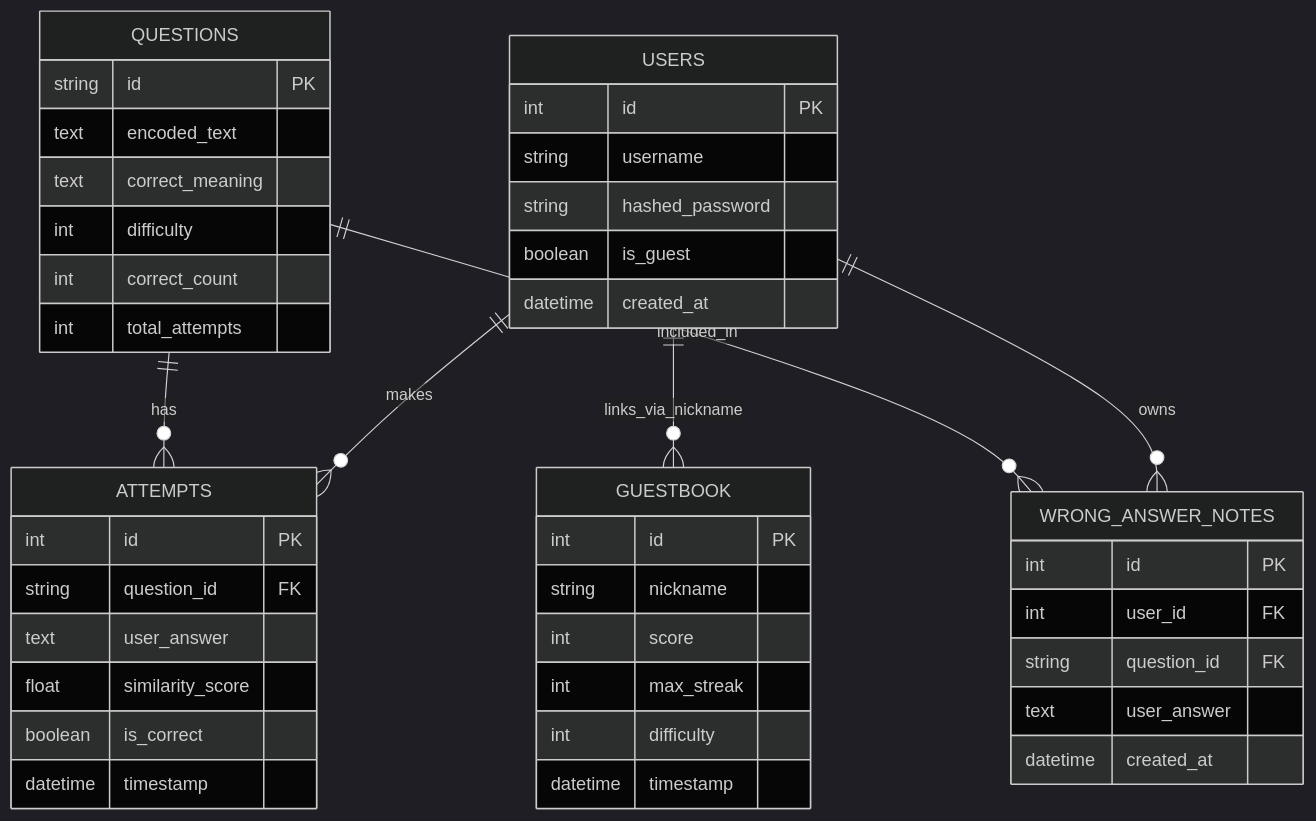
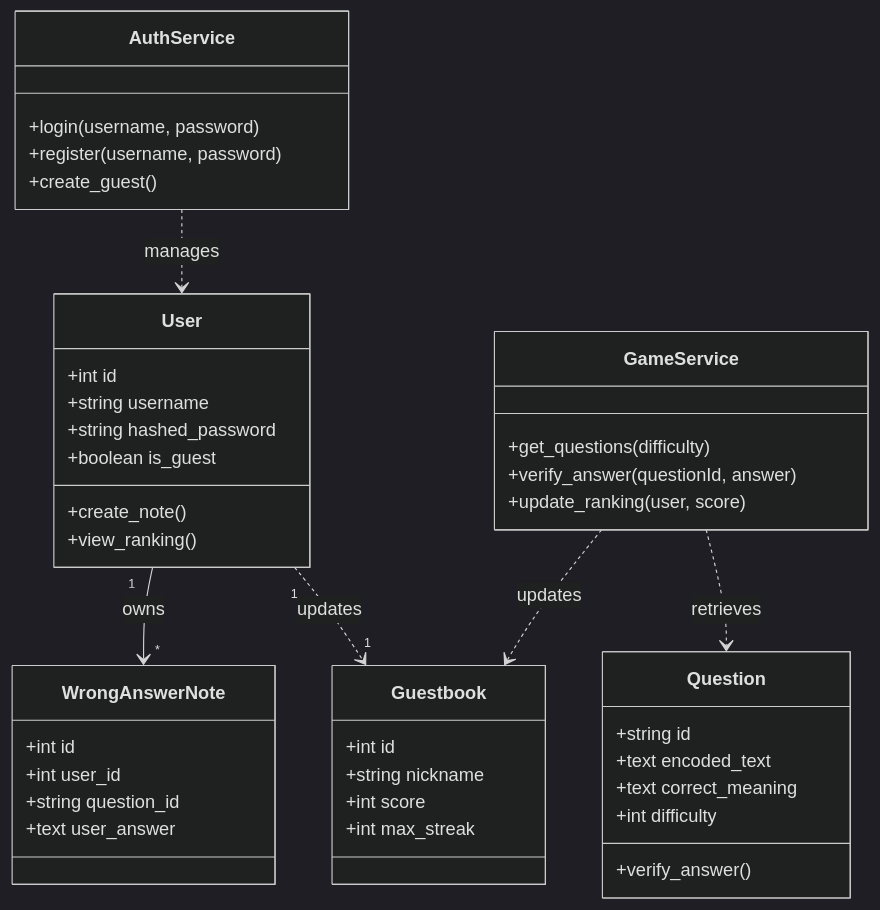
The fifth of 5 diagrams in DESIGN_DOC.md (himchannnn/context_hunter), drawn with Mermaid (dark theme) before and after one commit. The commit also changed other lines of this file, not shown here.

````diff
--- a/DESIGN_DOC.md
+++ b/DESIGN_DOC.md
@@ -5,52 +188,51 @@
 ```mermaid
-erDiagram
-    USERS ||--o{ ATTEMPTS : makes
-    USERS ||--o{ WRONG_ANSWER_NOTES : owns
-    %% GUESTBOOK is logically related but stores nickname directly for simplicity
-    USERS ||--o{ GUESTBOOK : links_via_nickname
-    QUESTIONS ||--o{ ATTEMPTS : has
-    QUESTIONS ||--o{ WRONG_ANSWER_NOTES : included_in
-
-    USERS {
-        int id PK
-        string username
-        string hashed_password
-        boolean is_guest
-        datetime created_at
+classDiagram
+    class User {
+        +int id
+        +string username
+        +string hashed_password
+        +boolean is_guest
+        +create_note()
+        +view_ranking()
     }
 
-    QUESTIONS {
-        string id PK
-        text encoded_text
-        text correct_meaning
-        int difficulty
-        int correct_count
-        int total_attempts
+    class Question {
+        +string id
+        +text encoded_text
+        +text correct_meaning
+        +int difficulty
+        +verify_answer()
     }
 
-    WRONG_ANSWER_NOTES {
-        int id PK
-        int user_id FK
-        string question_id FK
-        text user_answer
-        datetime created_at
+    class WrongAnswerNote {
+        +int id
+        +int user_id
+        +string question_id
+        +text user_answer
     }
 
-    GUESTBOOK {
-        int id PK
-        string nickname
-        int score
-        int max_streak
-        int difficulty
-        datetime timestamp
+    class Guestbook {
+        +int id
+        +string nickname
+        +int score
+        +int max_streak
     }
 
-    ATTEMPTS {
-        int id PK
-        string question_id FK
-        text user_answer
-        float similarity_score
-        boolean is_correct
-        datetime timestamp
+    class AuthService {
+        +login(username, password)
+        +register(username, password)
+        +create_guest()
     }
+
+    class GameService {
+        +get_questions(difficulty)
+        +verify_answer(questionId, answer)
+        +update_ranking(user, score)
+    }
+
+    User "1" --> "*" WrongAnswerNote : owns
+    User "1" ..> "1" Guestbook : updates
+    AuthService ..> User : manages
+    GameService ..> Question : retrieves
+    GameService ..> Guestbook : updates
 ```
````
